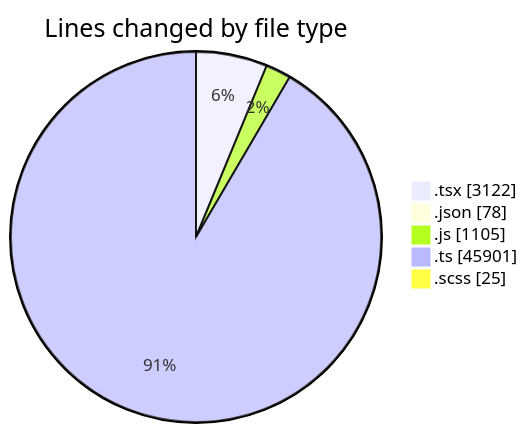
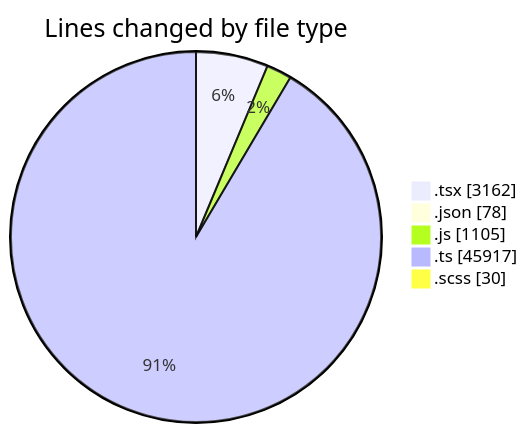
One commit to momahboobian/code-tracking changed the first of 2 diagrams in 2026-10-19/cda/README.md. Above: the diagram before and after it, drawn with Mermaid. The commit also changed other lines of this file and 1 other file, not shown here.

````diff
--- a/2026-10-19/cda/README.md
+++ b/2026-10-19/cda/README.md
@@ -45,9 +45,9 @@
 ```mermaid
 pie showData
 title Lines changed by file type
-".tsx" : 3122
+".tsx" : 3162
 ".json" : 78
 ".js" : 1105
-".ts" : 45901
-".scss" : 25
+".ts" : 45917
+".scss" : 30
 ```
````
